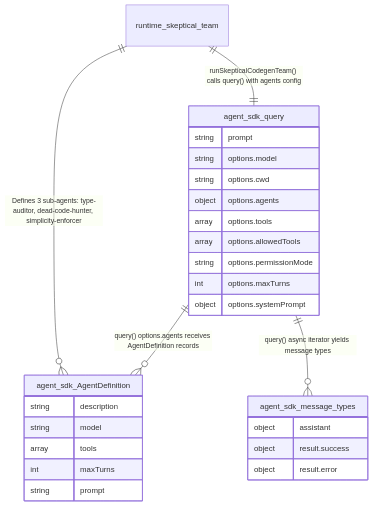
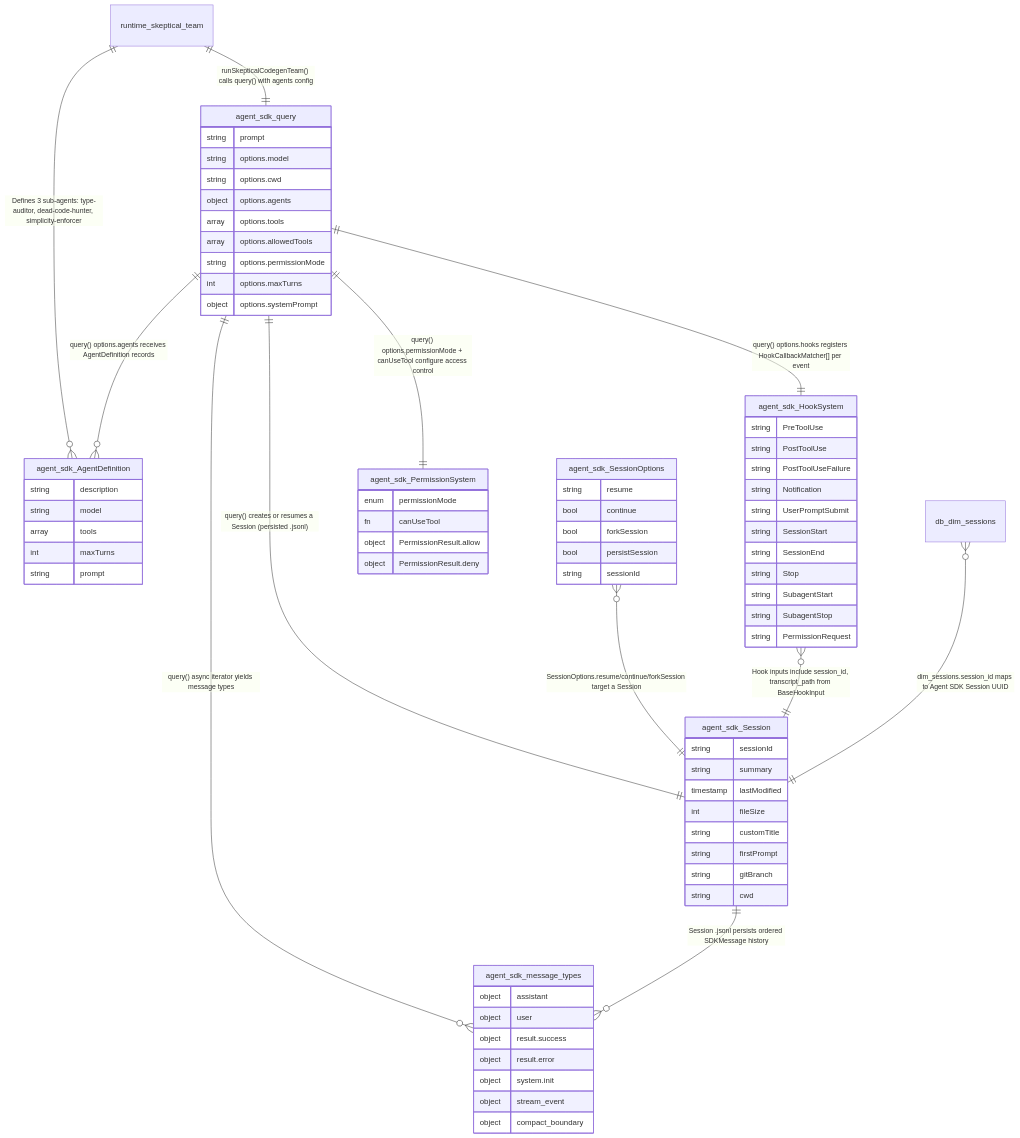
Before and after one commit to jadecli/knowledge-teams-plugins: the fifth of 7 diagrams in docs/er/generated/er-diagrams.md, drawn with Mermaid. The commit also changed other lines of this file and 3 other files, not shown here.

First line of the commit message:
feat: add Agent SDK session, hooks, and permission entities from Claude platform docs

````diff
--- a/docs/er/generated/er-diagrams.md
+++ b/docs/er/generated/er-diagrams.md
@@ -1295,8 +1420,52 @@
 
   agent_sdk_message_types {
     object assistant
+    object user
     object result.success
     object result.error
+    object system.init
+    object stream_event
+    object compact_boundary
+  }
+
+  agent_sdk_Session {
+    string sessionId
+    string summary
+    timestamp lastModified
+    int fileSize
+    string customTitle
+    string firstPrompt
+    string gitBranch
+    string cwd
+  }
+
+  agent_sdk_SessionOptions {
+    string resume
+    bool continue
+    bool forkSession
+    bool persistSession
+    string sessionId
+  }
+
+  agent_sdk_HookSystem {
+    string PreToolUse
+    string PostToolUse
+    string PostToolUseFailure
+    string Notification
+    string UserPromptSubmit
+    string SessionStart
+    string SessionEnd
+    string Stop
+    string SubagentStart
+    string SubagentStop
+    string PermissionRequest
+  }
+
+  agent_sdk_PermissionSystem {
+    enum permissionMode
+    fn canUseTool
+    object PermissionResult.allow
+    object PermissionResult.deny
   }
 
   %% ── RELATIONSHIPS ──
@@ -1304,4 +1473,11 @@
   runtime_skeptical_team ||--o{ agent_sdk_AgentDefinition : "Defines 3 sub-agents: type-auditor, dead-code-hunter, simplicity-enforcer"
   agent_sdk_query ||--o{ agent_sdk_AgentDefinition : "query() options.agents receives AgentDefinition records"
   agent_sdk_query ||--o{ agent_sdk_message_types : "query() async iterator yields message types"
+  agent_sdk_query ||--|| agent_sdk_Session : "query() creates or resumes a Session (persisted .jsonl)"
+  agent_sdk_SessionOptions }o--|| agent_sdk_Session : "SessionOptions.resume/continue/forkSession target a Session"
+  agent_sdk_Session ||--o{ agent_sdk_message_types : "Session .jsonl persists ordered SDKMessage history"
+  agent_sdk_query ||--|| agent_sdk_HookSystem : "query() options.hooks registers HookCallbackMatcher[] per event"
+  agent_sdk_query ||--|| agent_sdk_PermissionSystem : "query() options.permissionMode + canUseTool configure access control"
+  agent_sdk_HookSystem }o--|| agent_sdk_Session : "Hook inputs include session_id, transcript_path from BaseHookInput"
+  db_dim_sessions }o--|| agent_sdk_Session : "dim_sessions.session_id maps to Agent SDK Session UUID"
 ```
````
